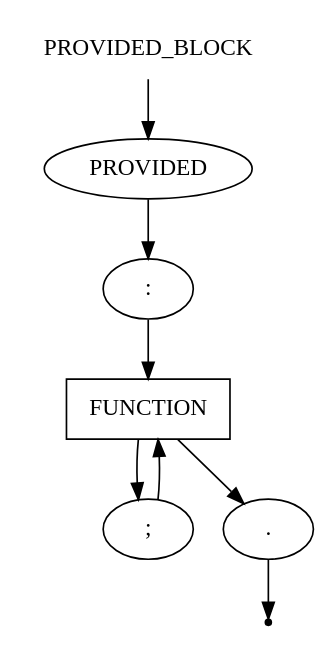
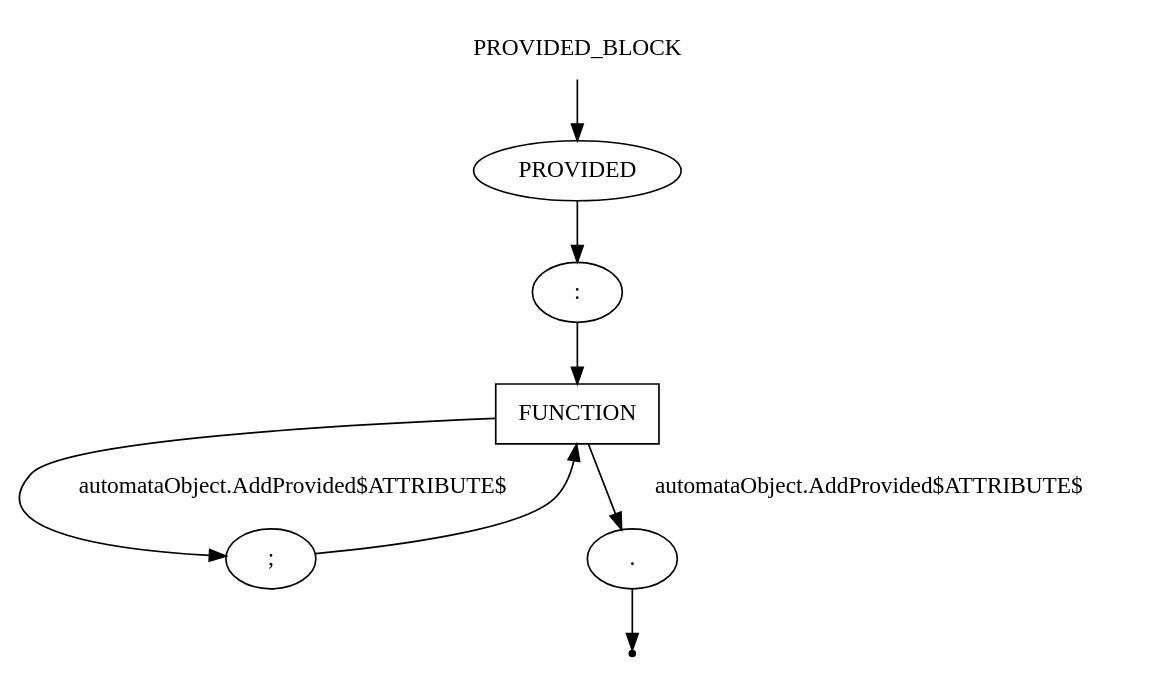
Before and after one commit to aVorotnikov/dsl_generator: the diagram in _examples/ciao/provided_block.gv, drawn with Graphviz. The commit also changed 4 other files, not shown here.

Commit message:
Add code to Virt diagrams

```diff
--- a/_examples/ciao/provided_block.gv
+++ b/_examples/ciao/provided_block.gv
@@ -1,16 +1,16 @@
 digraph PROVIDED_BLOCK {
     start [label=PROVIDED_BLOCK shape=plaintext]
     A [label=PROVIDED shape=oval]
     B [label=":" shape=oval]
     C [label=FUNCTION shape=box]
     G [label=";" shape=oval]
     H [label="." shape=oval]
     end [label="" shape=point]
     start -> A
     A -> B
     B -> C
-    C -> G
-    C -> H
+    C -> G [label="automataObject.AddProvided$ATTRIBUTE$"]
+    C -> H [label="automataObject.AddProvided$ATTRIBUTE$"]
     G -> C
     H -> end
 }
```
